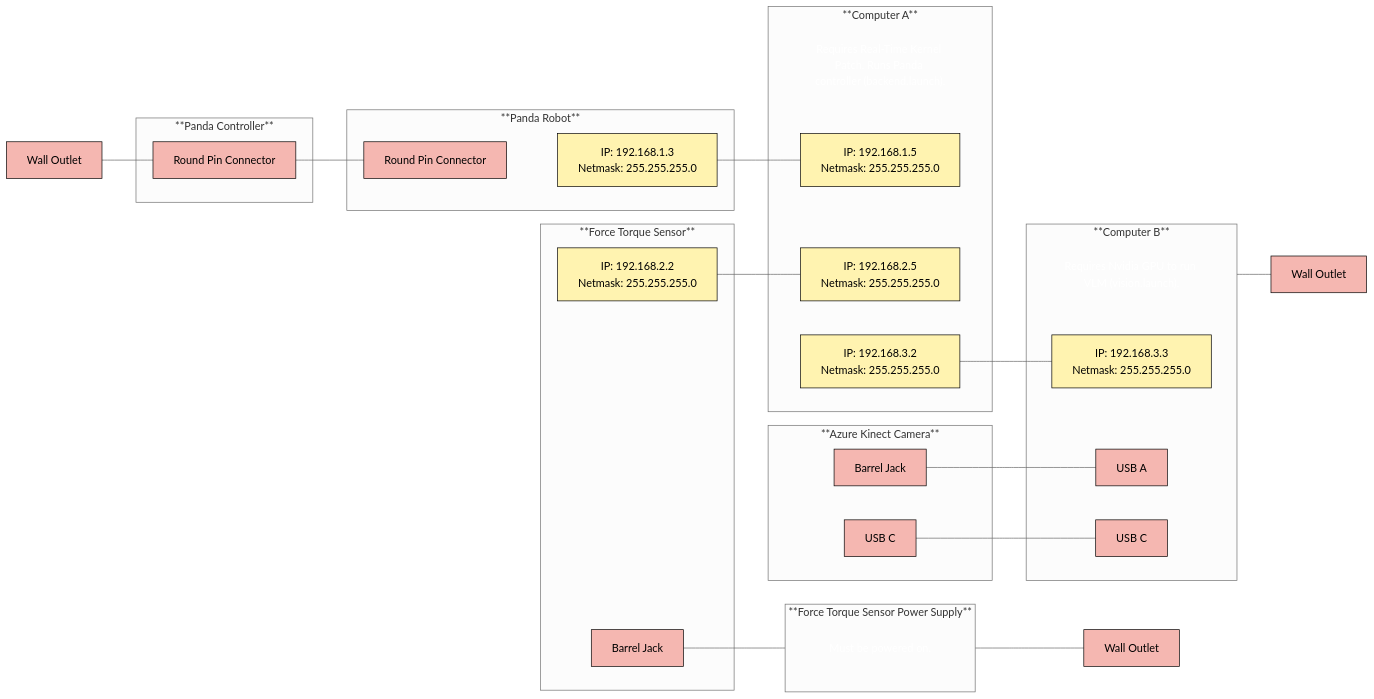
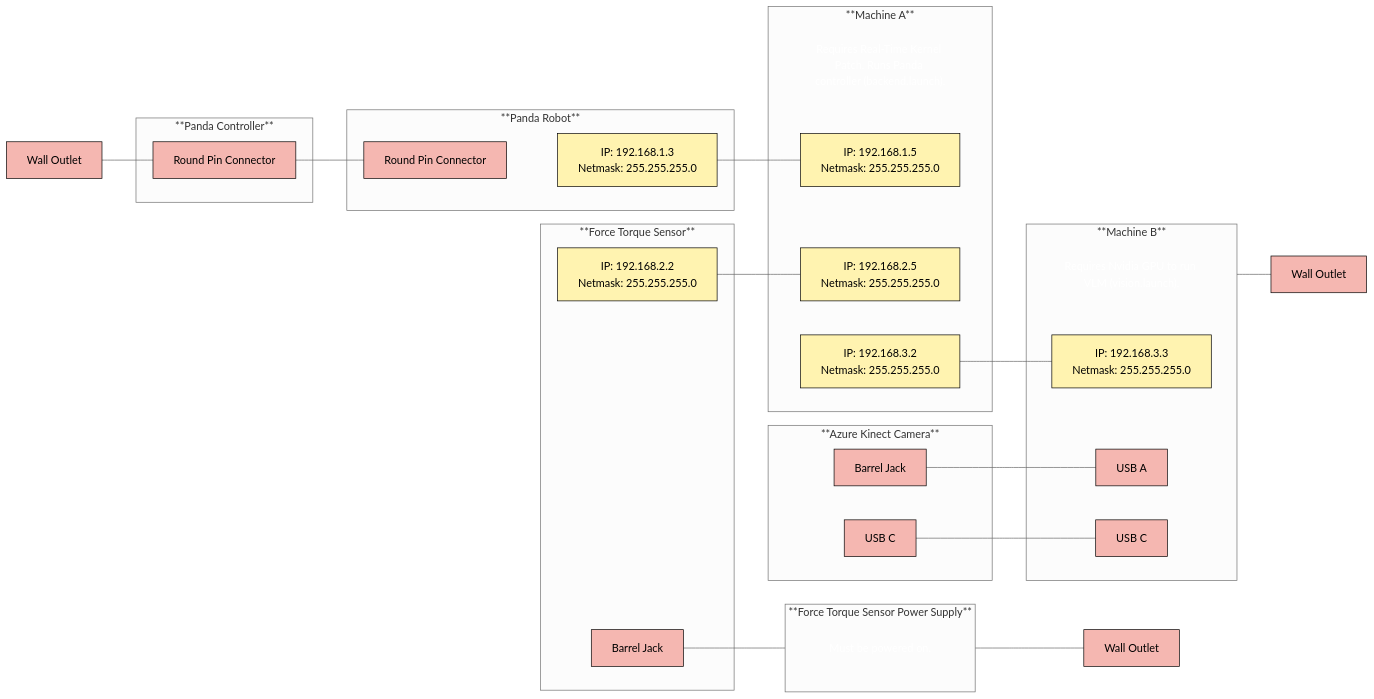
One commit to rusmilov/dexterity-interface changed the first of 2 diagrams in README.md. Above: the diagram before and after it, drawn with Mermaid (neutral theme). The commit also changed other lines of this file, not shown here.

````diff
--- a/README.md
+++ b/README.md
@@ -27,72 +29,72 @@
 ```mermaid
 flowchart LR
 
     %% Panda Controller
     subgraph PC["**Panda Controller**"]
         PC_CONN["Round Pin Connector"]:::power_data
     end
 
     %% Panda Arm
     subgraph PA["**Panda Robot**"]
         PA_IP["IP: 192.168.1.3 <br> Netmask: 255.255.255.0"]:::ethernet
         PA_CONN["Round Pin Connector"]:::power_data
     end
 
     %% Force Torque Sensor
     subgraph FTS["**Force Torque Sensor**"]
         FTS_IP["IP: 192.168.2.2 <br> Netmask: 255.255.255.0"]:::ethernet
         FTS_PWR["Barrel Jack"]:::power_data
     end
 
     %% FT Power Supply
     subgraph FTPS["**Force Torque Sensor Power Supply**"]
         FT_DESC["Must be powered on."]:::description
     end
 
     %% Kinect
     subgraph KN["**Azure Kinect Camera**"]
         KN_PWR["Barrel Jack"]:::power_data
         KN_USBC["USB C"]:::power_data
     end
 
-    %% Computer A
-    subgraph MA["**Computer A**"]
+    %% Machine A
+    subgraph MA["**Machine A**"]
         MA_DESC["Requires Real-Time Kernel Patch. Runs Panda controller (backend.launch). "]:::description
         MA_IP1["IP: 192.168.1.5 <br> Netmask: 255.255.255.0"]:::ethernet
         MA_IP2["IP: 192.168.2.5 <br> Netmask: 255.255.255.0"]:::ethernet
         MA_IP3["IP: 192.168.3.2 <br> Netmask: 255.255.255.0"]:::ethernet
     end
 
-    %% Computer B
-    subgraph MB["**Computer B**"]
+    %% Machine B
+    subgraph MB["**Machine B**"]
         MB_DESC["Requires Nvidia GPU to run VLM (vision.launch). "]:::description
         MB_IP["IP: 192.168.3.3 <br> Netmask: 255.255.255.0"]:::ethernet
         MB_USBA["USB A"]:::power_data
         MB_USBC["USB C"]:::power_data
     end
 
     %% Wall Outlets
     PC_PWR["Wall Outlet"]:::power_data
     FTPS_PWR["Wall Outlet"]:::power_data
     MB_PWR["Wall Outlet"]:::power_data
 
     %% Connections
     PC_PWR --- PC_CONN --- PA_CONN --- PA
     FTS_PWR --- FTPS --- FTPS_PWR
     MB --- MB_PWR
     
     KN_PWR --- MB_USBA
     KN_USBC --- MB_USBC
     
 
     PA_IP --- MA_IP1
     FTS_IP --- MA_IP2
     MA_IP3 --- MB_IP
 
     %% Styles
     classDef description fill:none,stroke:none,color:#fff;
     classDef ethernet fill:#fff3b0,stroke:#000,color:#000;
     classDef power_data fill:#f5b7b1,stroke:#000,color:#000;
 
 
 ```
````
